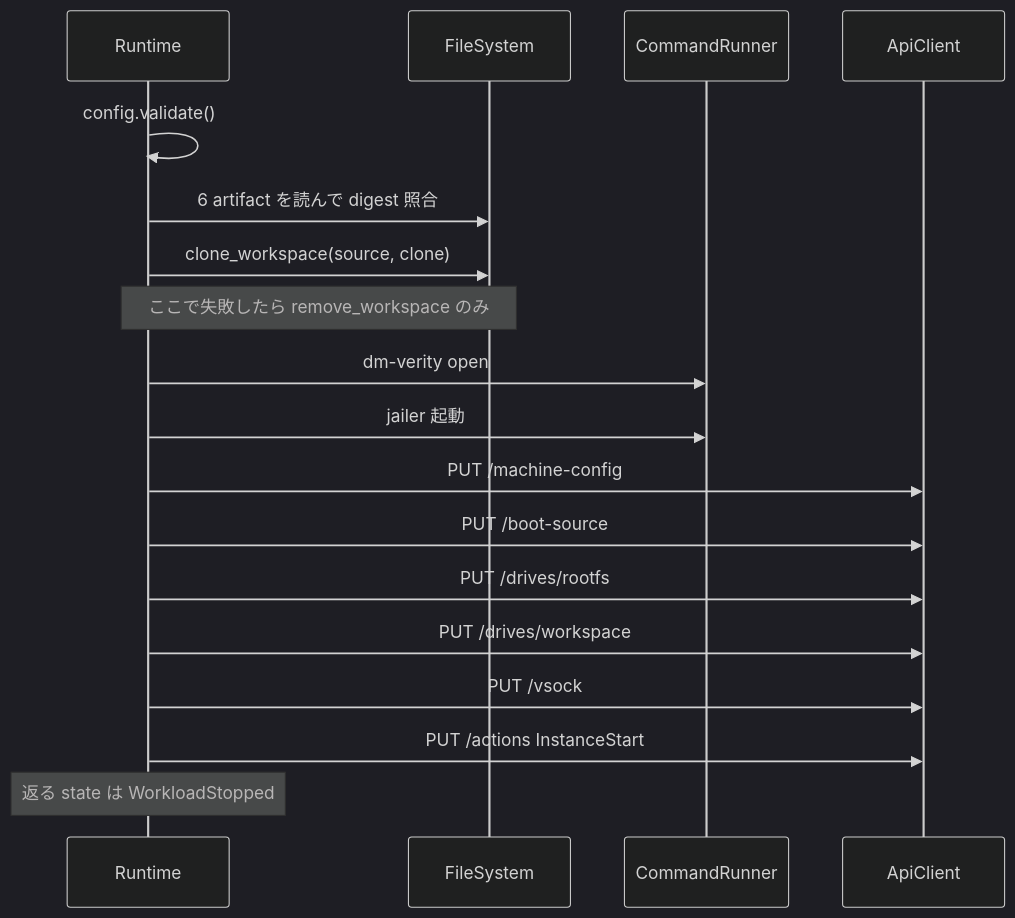
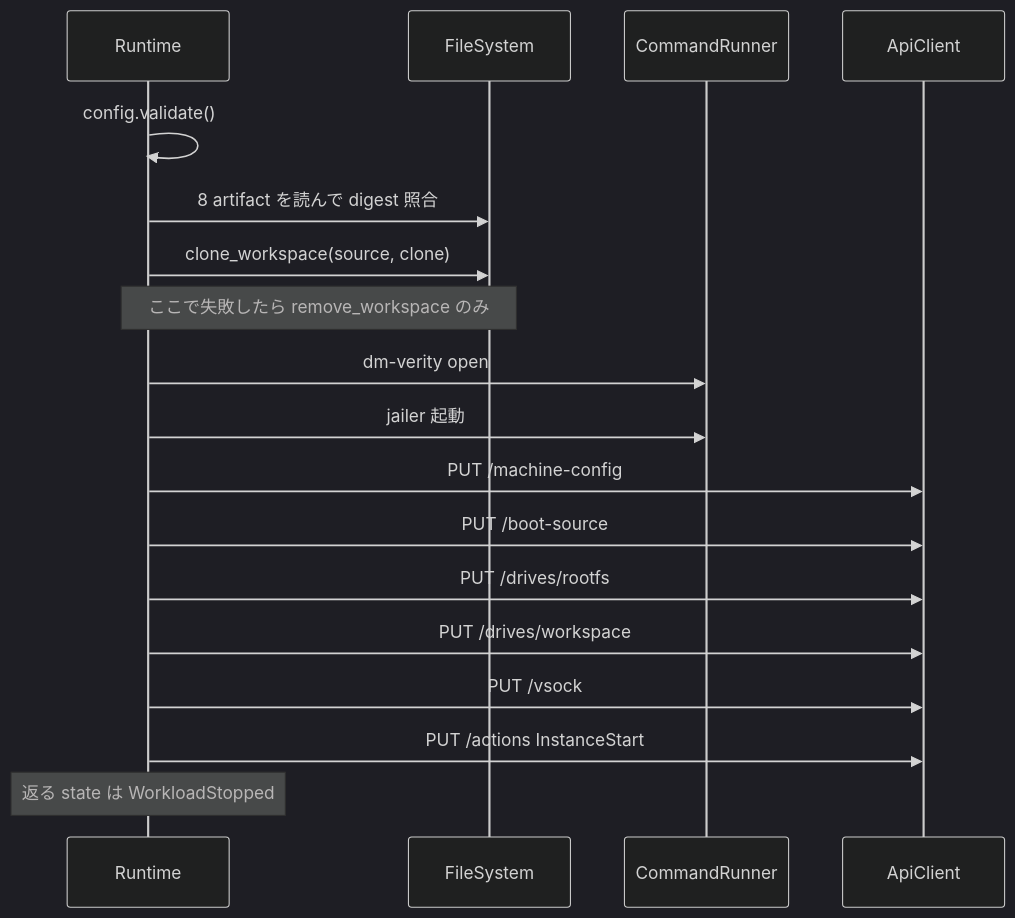
The diagram in docs/firecracker-runtime/launch-sequence.md (Aqua-218/SecCamp-AIAgent), drawn with Mermaid (dark theme) before and after one commit. The commit also changed other lines of this file, not shown here.

Commit message:
docs(firecracker-runtime): describe how a pinned helper is executed
The unverified list said the helper command lines were unchecked, without
saying what does happen to them. Each pinned command is opened `O_NOFOLLOW`,
copied into a sealed memfd, executed through `/proc/self/fd`, and given an
empty environment. What remains unproven is the effect of the real veritysetup,
jailer and formatter, which is a narrower claim than the page was making.

````diff
--- a/docs/firecracker-runtime/launch-sequence.md
+++ b/docs/firecracker-runtime/launch-sequence.md
@@ -19,21 +19,21 @@
 ```mermaid
 sequenceDiagram
     participant R as Runtime
     participant FS as FileSystem
     participant CR as CommandRunner
     participant API as ApiClient
 
     R->>R: config.validate()
-    R->>FS: 6 artifact を読んで digest 照合
+    R->>FS: 8 artifact を読んで digest 照合
     R->>FS: clone_workspace(source, clone)
     Note over R,FS: ここで失敗したら remove_workspace のみ
     R->>CR: dm-verity open
     R->>CR: jailer 起動
     R->>API: PUT /machine-config
     R->>API: PUT /boot-source
     R->>API: PUT /drives/rootfs
     R->>API: PUT /drives/workspace
     R->>API: PUT /vsock
     R->>API: PUT /actions InstanceStart
     Note over R: 返る state は WorkloadStopped
 ```
````
